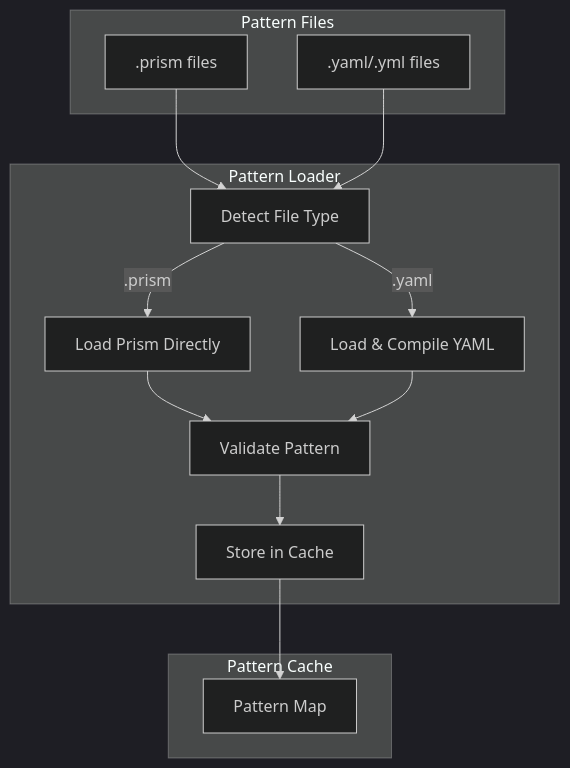
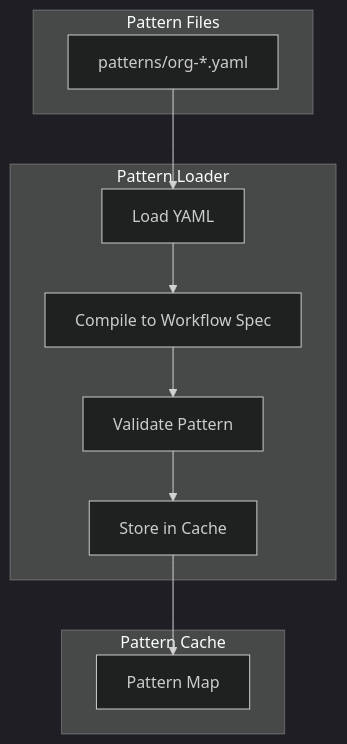
The third of 4 diagrams in apps/docs/docs/architecture/org-chart-flow.md (HaruHunab1320/parallax), drawn with Mermaid (dark theme) before and after one commit. The commit also changed other lines of this file and 33 other files, not shown here.

First line of the commit message:
docs: bring README, docs/, and docs site current with the architecture

````diff
--- a/apps/docs/docs/architecture/org-chart-flow.md
+++ b/apps/docs/docs/architecture/org-chart-flow.md
@@ -233,28 +162,23 @@
 ```mermaid
 flowchart TB
     subgraph Files["Pattern Files"]
-        PRISM_FILE[.prism files]
-        YAML_FILE[.yaml/.yml files]
+        YAML_FILE["patterns/org-*.yaml"]
     end
 
     subgraph Loader["Pattern Loader"]
-        DETECT[Detect File Type]
-        LOAD_PRISM[Load Prism Directly]
-        LOAD_YAML[Load & Compile YAML]
+        LOAD[Load YAML]
+        COMPILE[Compile to Workflow Spec]
         VALIDATE[Validate Pattern]
         STORE[Store in Cache]
     end
 
     subgraph Cache["Pattern Cache"]
         MAP[Pattern Map]
     end
 
-    PRISM_FILE --> DETECT
-    YAML_FILE --> DETECT
-    DETECT -->|.prism| LOAD_PRISM
-    DETECT -->|.yaml| LOAD_YAML
-    LOAD_PRISM --> VALIDATE
-    LOAD_YAML --> VALIDATE
+    YAML_FILE --> LOAD
+    LOAD --> COMPILE
+    COMPILE --> VALIDATE
     VALIDATE --> STORE
     STORE --> MAP
 ```
````
